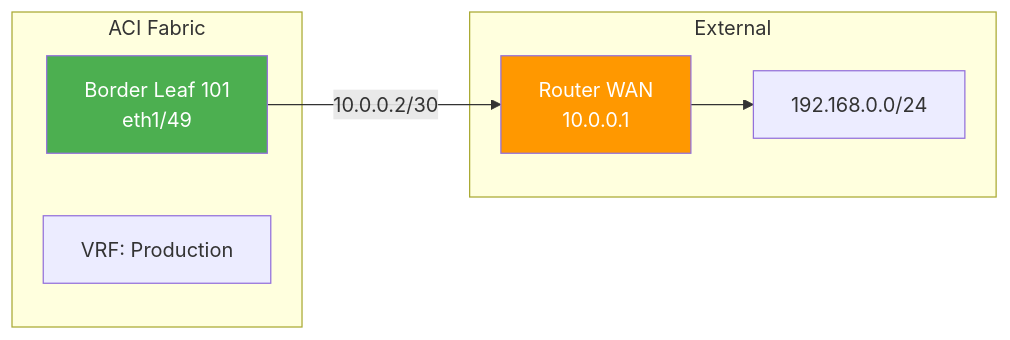
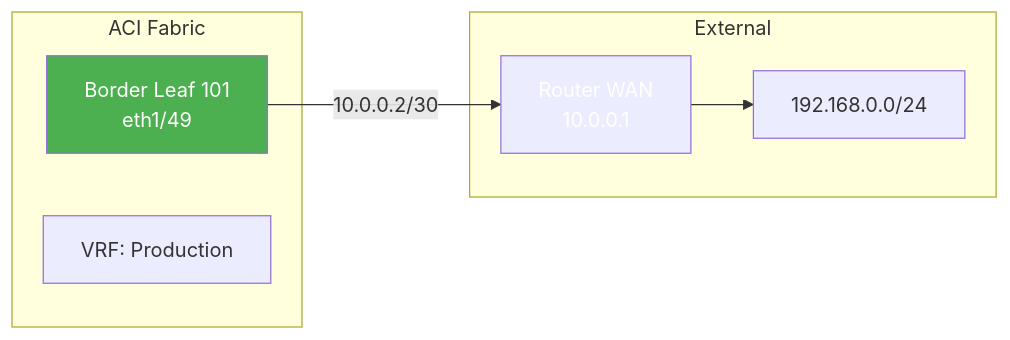
One commit to VBlackJack/ShellBook changed the third of 7 diagrams in docs/formations/terraform-aci/07-module.md. Above: the diagram before and after it, drawn with Mermaid. The commit also changed other lines of this file and 337 other files, not shown here.

First line of the commit message:
refactor(docs): Standardize code blocks and Mermaid colors

````diff
--- a/docs/formations/terraform-aci/07-module.md
+++ b/docs/formations/terraform-aci/07-module.md
@@ -124,18 +124,18 @@
 ```mermaid
 graph LR
     subgraph "ACI Fabric"
         LEAF["Border Leaf 101<br/>eth1/49"]
         VRF["VRF: Production"]
     end
 
     subgraph "External"
         ROUTER["Router WAN<br/>10.0.0.1"]
         SUBNET["192.168.0.0/24"]
     end
 
     LEAF -->|"10.0.0.2/30"| ROUTER
     ROUTER --> SUBNET
 
     style LEAF fill:#4caf50,color:#fff
-    style ROUTER fill:#ff9800,color:#fff
+    style ROUTER fill:#FF9800800800,color:#fff
 ```
````
